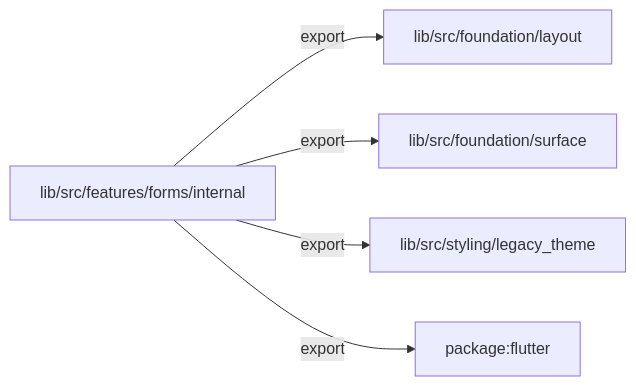
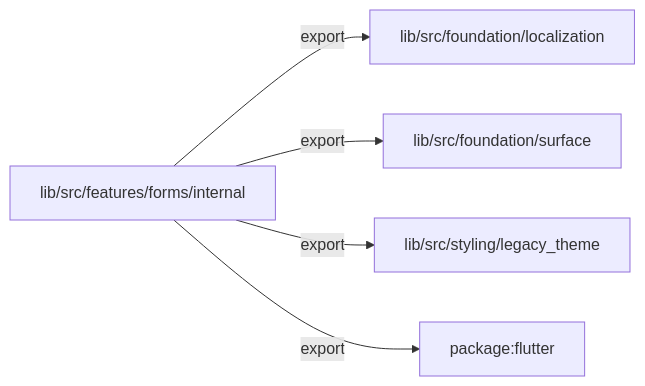
One commit to MiuDog/Kallopis changed the second of 3 diagrams in docs/architecture/src/features/forms/internal/README.md. Above: the diagram before and after it, drawn with Mermaid. The commit also changed other lines of this file and 9688 other files, not shown here.

Commit message:
Prepare isolated Flow F2 peer baseline

````diff
--- a/docs/architecture/src/features/forms/internal/README.md
+++ b/docs/architecture/src/features/forms/internal/README.md
@@ -40,12 +40,12 @@
 ```mermaid
 flowchart LR
 	n0["lib/src/features/forms/internal"]
-	n1["lib/src/foundation/layout"]
+	n1["lib/src/foundation/localization"]
 	n2["lib/src/foundation/surface"]
 	n3["lib/src/styling/legacy_theme"]
 	n4["package:flutter"]
 	n0 -->|"export"| n1
 	n0 -->|"export"| n2
 	n0 -->|"export"| n3
 	n0 -->|"export"| n4
 ```
````
